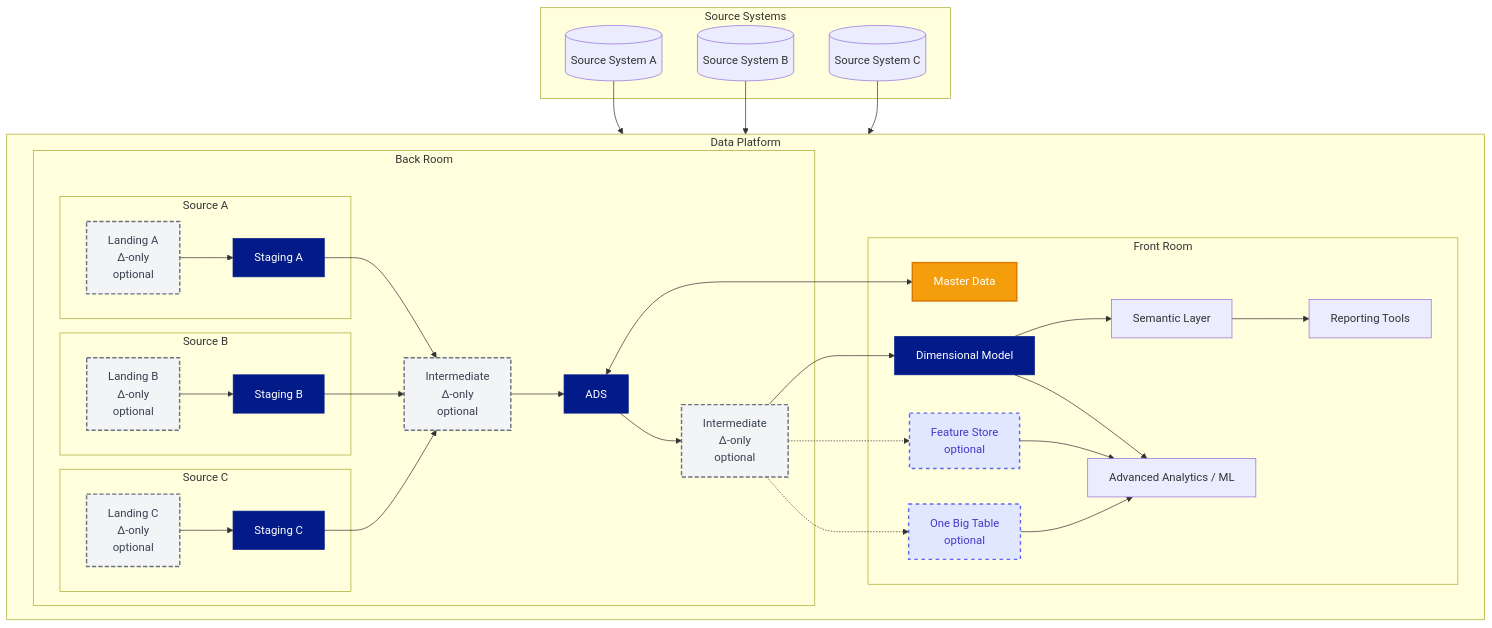
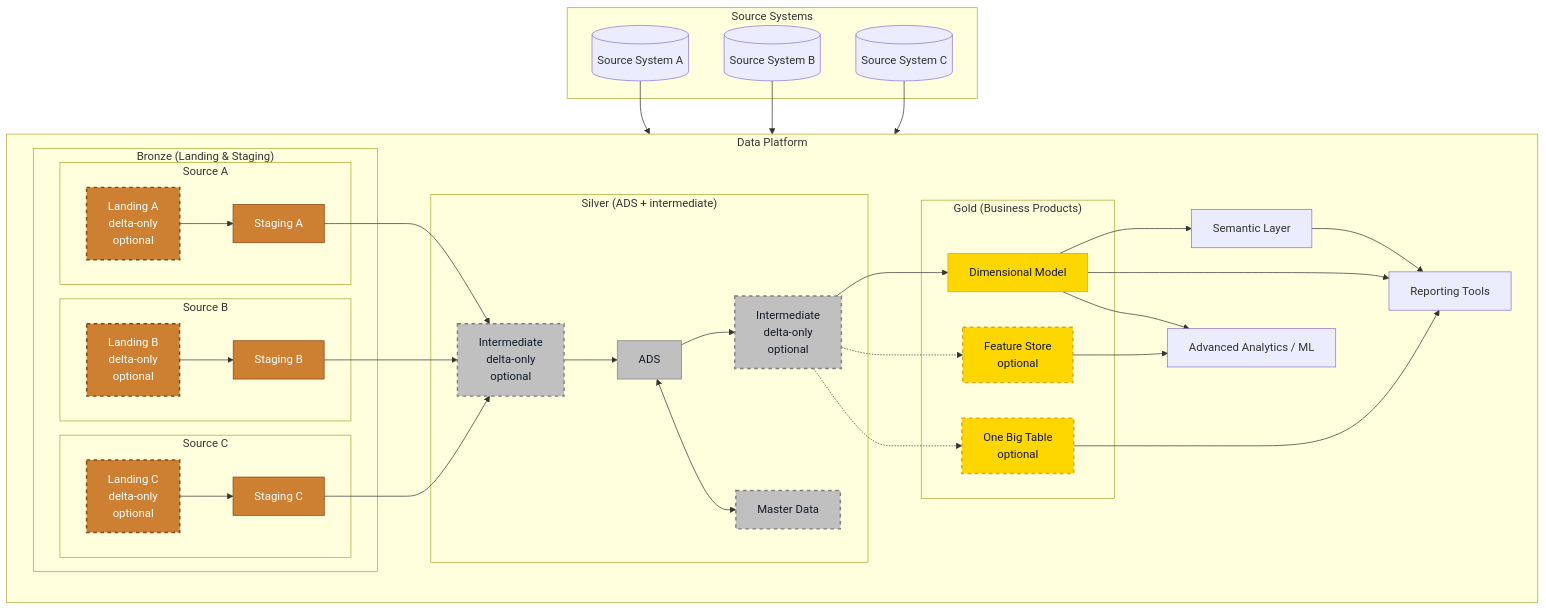
Before and after one commit to PlainsightPro/Vision-Playbook: the first of 3 diagrams in Technical Guideline Ops/Architectural Principles/Data Layers and Modeling.md, drawn with Mermaid. The commit also changed other lines of this file and 18 other files, not shown here.

Commit message:
Updated to better align with Bronze/Silver/Gold

````diff
--- a/Technical Guideline Ops/Architectural Principles/Data Layers and Modeling.md
+++ b/Technical Guideline Ops/Architectural Principles/Data Layers and Modeling.md
@@ -6,73 +5,79 @@
 ```mermaid
 %%{init: { "flowchart": { "useMaxWidth": true } } }%%
 graph TD
-    %% Expanded DW/BI platform
+    %% Expanded DW/BI platform with Medallion colors
     subgraph Source Systems
         A1[(Source System A)]
         A2[(Source System B)]
         A3[(Source System C)]
     end
 
     subgraph Data Platform 
-	    direction LR
-        subgraph Back Room
+        direction LR
+
+        subgraph Bronze["Bronze (Landing & Staging)"]
             subgraph Source A
-                L1[Landing A<br/>Δ-only<br>optional]:::delta
-                B1[Staging A]:::all
+                L1[Landing A<br/>delta-only<br>optional]:::bronzeOptional
+                B1[Staging A]:::bronze
             end
             subgraph Source B
-                L2[Landing B<br/>Δ-only<br>optional]:::delta
-                B2[Staging B]:::all
+                L2[Landing B<br/>delta-only<br>optional]:::bronzeOptional
+                B2[Staging B]:::bronze
             end
             subgraph Source C
-                L3[Landing C<br/>Δ-only<br>optional]:::delta
-                B3[Staging C]:::all
+                L3[Landing C<br/>delta-only<br>optional]:::bronzeOptional
+                B3[Staging C]:::bronze
             end
-            M[Intermediate<br/>Δ-only<br>optional]:::delta
-            C[ADS]:::all
-            O[Intermediate<br/>Δ-only<br>optional]:::delta
         end
 
-        subgraph Front Room
-            G[Master Data]:::masterdata
-            FS[Feature Store<br/>optional]:::optional
-            OBT[One Big Table<br/>optional]:::optional
-            D[Dimensional Model]:::all
-            S[Semantic Layer]
-            E[Reporting Tools]
-            X[Advanced Analytics / ML]
+        subgraph Silver["Silver (ADS + intermediate)"]
+            M[Intermediate<br/>delta-only<br>optional]:::silverOptional
+            C[ADS]:::silver
+            O[Intermediate<br/>delta-only<br>optional]:::silverOptional
+            G[Master Data]:::silverOptional
         end
+
+        subgraph Gold["Gold (Business Products)"]
+            FS[Feature Store<br/>optional]:::goldOptional
+            OBT[One Big Table<br/>optional]:::goldOptional
+            D[Dimensional Model]:::gold
+        end
+
+        Semantic[Semantic Layer]
+        Reports[Reporting Tools]
+        ML[Advanced Analytics / ML]
     end
 
 %% Flows
 A1 --> L1
 L1 --> B1
 A2 --> L2
 L2 --> B2
 A3 --> L3
 L3 --> B3
 
 B1 --> M
 B2 --> M
 B3 --> M
 M --> C
 C --> O
 O --> D
 O -.-> FS
 O -.-> OBT
-D --> S
-S --> E
-D --> X
-FS --> X
-OBT --> X
 C <--> G
-
+D --> Semantic
+D --> Reports
+D --> ML
+FS --> ML
+OBT --> Reports
+Semantic --> Reports
 
 %% Node styles
-classDef delta fill:#F3F4F6,stroke:#6B7280,stroke-width:2px,stroke-dasharray:6 3,color:#374151;
-classDef all fill:#031B89,stroke:#031B89,stroke-width:1px,color:#FFFFFF;
-classDef optional fill:#E0E7FF,stroke:#6366F1,stroke-width:2px,stroke-dasharray:5 5,color:#4338CA;
-classDef masterdata fill:#F59E0B,stroke:#D97706,stroke-width:2px,color:#FFFFFF;
+classDef bronze fill:#CD7F32,stroke:#8B4513,stroke-width:1px,color:#FFFFFF;
+classDef bronzeOptional fill:#CD7F32,stroke:#8B4513,stroke-width:2px,stroke-dasharray:5 5,color:#FFFFFF;
+classDef silver fill:#C0C0C0,stroke:#808080,stroke-width:1px,color:#111827;
+classDef silverOptional fill:#C0C0C0,stroke:#808080,stroke-width:2px,stroke-dasharray:5 5,color:#111827;
+classDef gold fill:#FFD700,stroke:#DAA520,stroke-width:1px,color:#111827;
+classDef goldOptional fill:#FFD700,stroke:#DAA520,stroke-width:2px,stroke-dasharray:5 5,color:#111827;
 class A,C blueBox;
-
 ```
````
